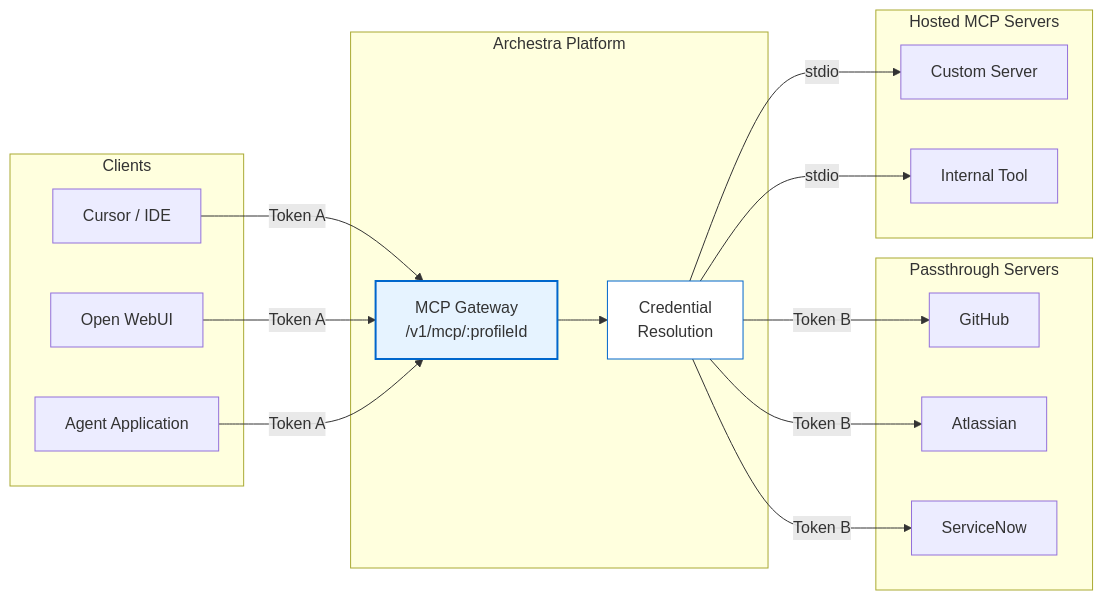
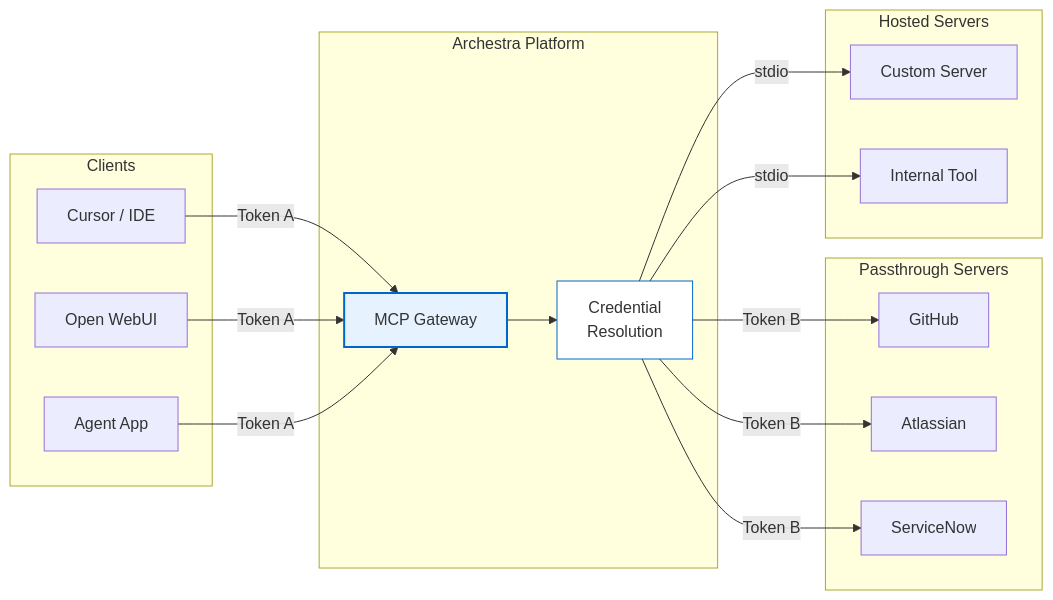
The first of 2 diagrams in docs/pages/mcp-authentication.md (joeyotester/archestra), drawn with Mermaid before and after one commit. The commit also changed other lines of this file and 1 other file, not shown here.

````diff
--- a/docs/pages/mcp-authentication.md
+++ b/docs/pages/mcp-authentication.md
@@ -83,37 +46,37 @@
 ```mermaid
 graph LR
     subgraph Clients
         C1["Cursor / IDE"]
         C2["Open WebUI"]
-        C3["Agent Application"]
+        C3["Agent App"]
     end
 
     subgraph Archestra["Archestra Platform"]
-        GW["MCP Gateway<br/>/v1/mcp/:profileId"]
+        GW["MCP Gateway"]
         CR["Credential<br/>Resolution"]
         GW --> CR
     end
 
     subgraph Passthrough["Passthrough Servers"]
         U1["GitHub"]
         U2["Atlassian"]
         U3["ServiceNow"]
     end
 
-    subgraph Hosted["Hosted MCP Servers"]
+    subgraph Hosted["Hosted Servers"]
         H1["Custom Server"]
         H2["Internal Tool"]
     end
 
     C1 -- "Token A" --> GW
     C2 -- "Token A" --> GW
     C3 -- "Token A" --> GW
     CR -- "Token B" --> U1
     CR -- "Token B" --> U2
     CR -- "Token B" --> U3
     CR -- "stdio" --> H1
     CR -- "stdio" --> H2
 
     style GW fill:#e6f3ff,stroke:#0066cc,stroke-width:2px
     style CR fill:#fff,stroke:#0066cc,stroke-width:1px
 ```
````
